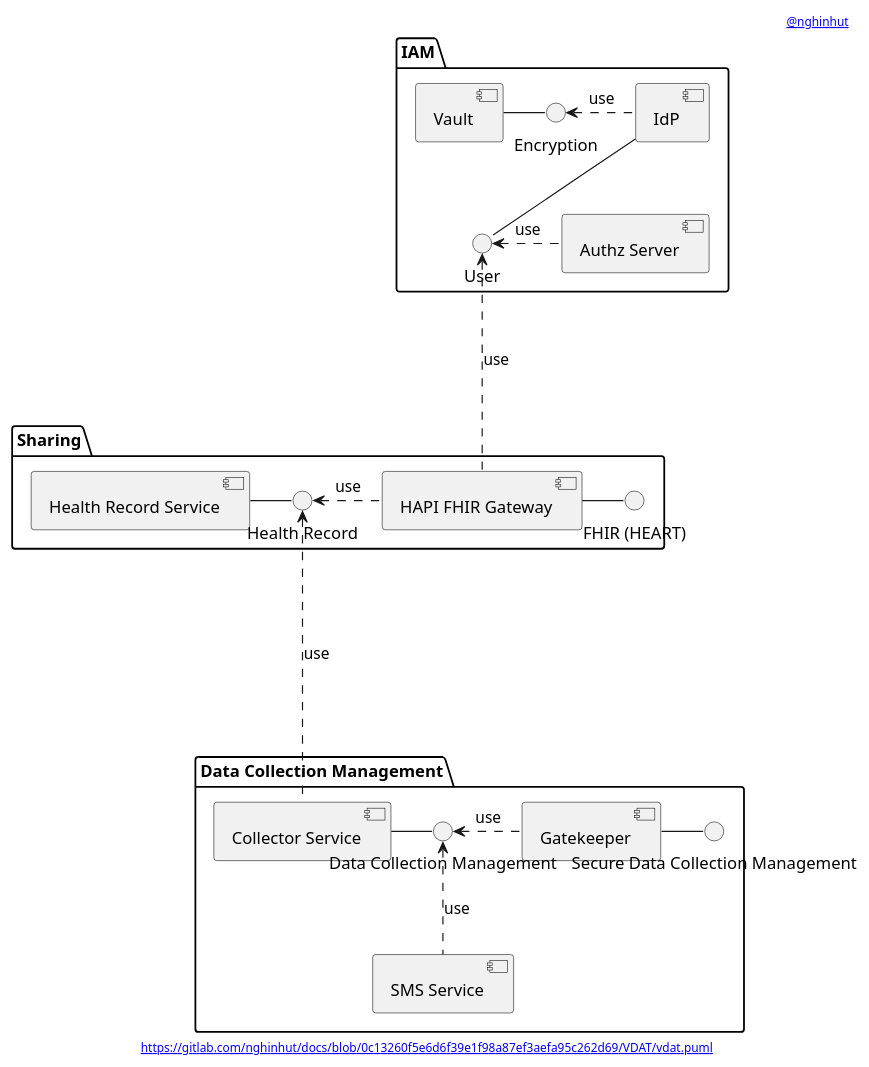
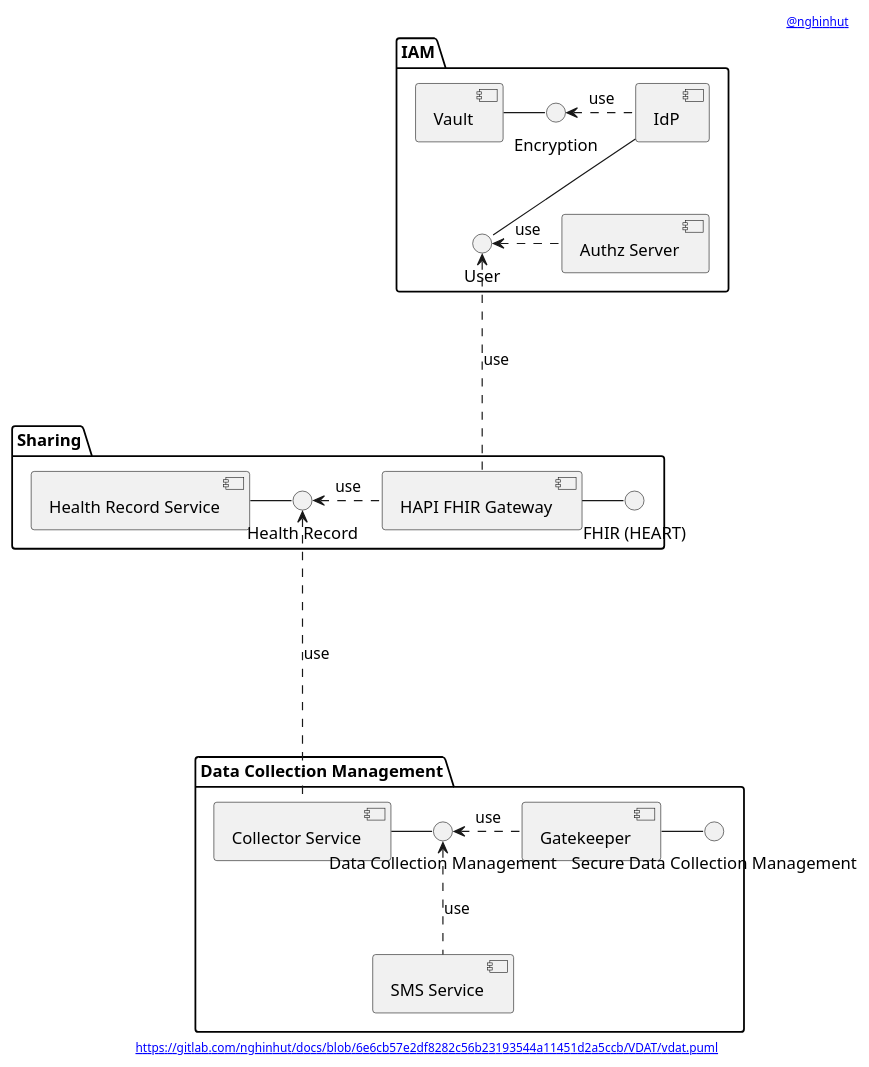
The diagram in VDAT/vdat.component.puml (nghinhut/docs), drawn with PlantUML before and after one commit. The commit also changed 32 other files, not shown here.

```diff
--- a/VDAT/vdat.component.puml
+++ b/VDAT/vdat.component.puml
@@ -1,59 +1,59 @@
 @startuml
 '-----START auto generated metadata please keep comment here to allow auto update-----
 '-----DON'T EDIT THIS SECTION, INSTEAD RE-RUN prebuild.sh TO UPDATE-----
-header [[https://www.nghinhut.dev?from=http%5C%3A%5C%2F%5C%2Fwww%5C.plantuml%5C.com%5C%2Fplantuml%5C%2Fproxy%3Ffmt%3Dsvg%5C%26src%3Dhttps%5C%3A%5C%2F%5C%2Fgitlab%5C.com%5C%2Fnghinhut%5C%2Fdocs%5C%2Fraw%5C%2F0c13260f5e6d6f39e1f98a87ef3aefa95c262d69%5C%2FVDAT%5C%2Fvdat%5C.puml%0A @nghinhut]]
-footer [[http://www.plantuml.com/plantuml/proxy?fmt=svg&src=https://gitlab.com/nghinhut/docs/raw/0c13260f5e6d6f39e1f98a87ef3aefa95c262d69/VDAT/vdat.puml https://gitlab.com/nghinhut/docs/blob/0c13260f5e6d6f39e1f98a87ef3aefa95c262d69/VDAT/vdat.puml]]
+header [[https://www.nghinhut.dev?from=http%5C%3A%5C%2F%5C%2Fwww%5C.plantuml%5C.com%5C%2Fplantuml%5C%2Fproxy%3Ffmt%3Dsvg%5C%26src%3Dhttps%5C%3A%5C%2F%5C%2Fgitlab%5C.com%5C%2Fnghinhut%5C%2Fdocs%5C%2Fraw%5C%2F6e6cb57e2df8282c56b23193544a11451d2a5ccb%5C%2FVDAT%5C%2Fvdat%5C.puml%0A @nghinhut]]
+footer [[http://www.plantuml.com/plantuml/proxy?fmt=svg&src=https://gitlab.com/nghinhut/docs/raw/6e6cb57e2df8282c56b23193544a11451d2a5ccb/VDAT/vdat.puml https://gitlab.com/nghinhut/docs/blob/6e6cb57e2df8282c56b23193544a11451d2a5ccb/VDAT/vdat.puml]]
 '-----END auto generated metadata please keep comment here to allow auto update-----
 
 package "IAM" {
     component "Authz Server" as as
     component Vault as vault
     component IdP as idp
 
 '    interface "OAuth2 Authentication" as IOAuth2Authentication
 '    interface "UMA2 Authorization" as IUMA2Authorization
 '    as -- IOAuth2Authentication
 '    as -- IUMA2Authorization
     interface "Encryption" as IEncrypt
     interface "User" as IUser
 }
 
 package "Sharing" {
     component "Health Record Service" as record
     interface "Health Record" as IHealthRecord
     component "HAPI FHIR Gateway" as fhir
     interface "FHIR (HEART)" as IFHIR
 }
 
 package "Data Collection Management" {
     component "Collector Service" as collector
     component "SMS Service" as sms
     component "Gatekeeper" as collector_gatekeeper
     interface "Data Collection Management" as IDataCollectionManagement
     interface "Secure Data Collection Management" as ISecureDataCollectionManagement
 }
 
 
 
 
 
 
 vault - IEncrypt
 IEncrypt <. idp : use
 idp -- IUser
 IUser <. as : use
 IUser <... fhir : use
 
 
 record - IHealthRecord
 IHealthRecord <. fhir : use
 fhir - IFHIR
 IHealthRecord <.... collector : use
 
 
 collector - IDataCollectionManagement
 IDataCollectionManagement <. collector_gatekeeper : use
 collector_gatekeeper - ISecureDataCollectionManagement
 
 IDataCollectionManagement <.. sms : use
 @enduml
```
